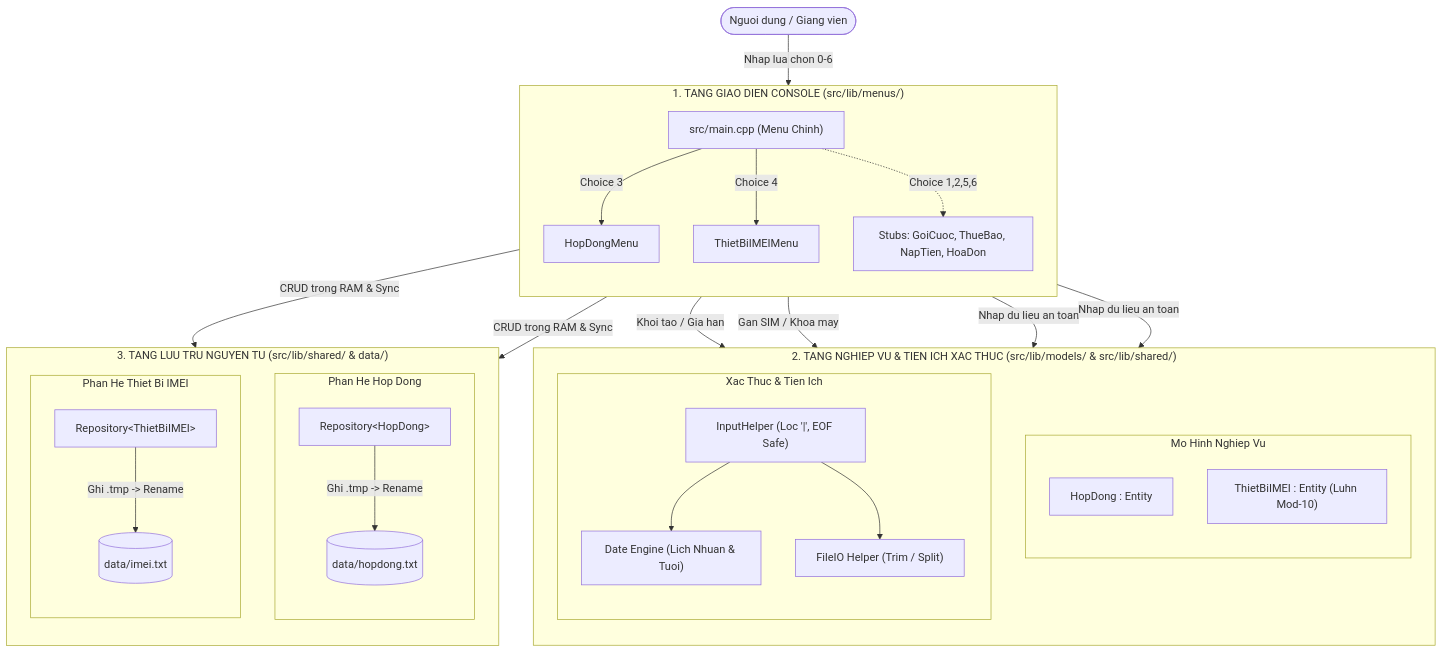
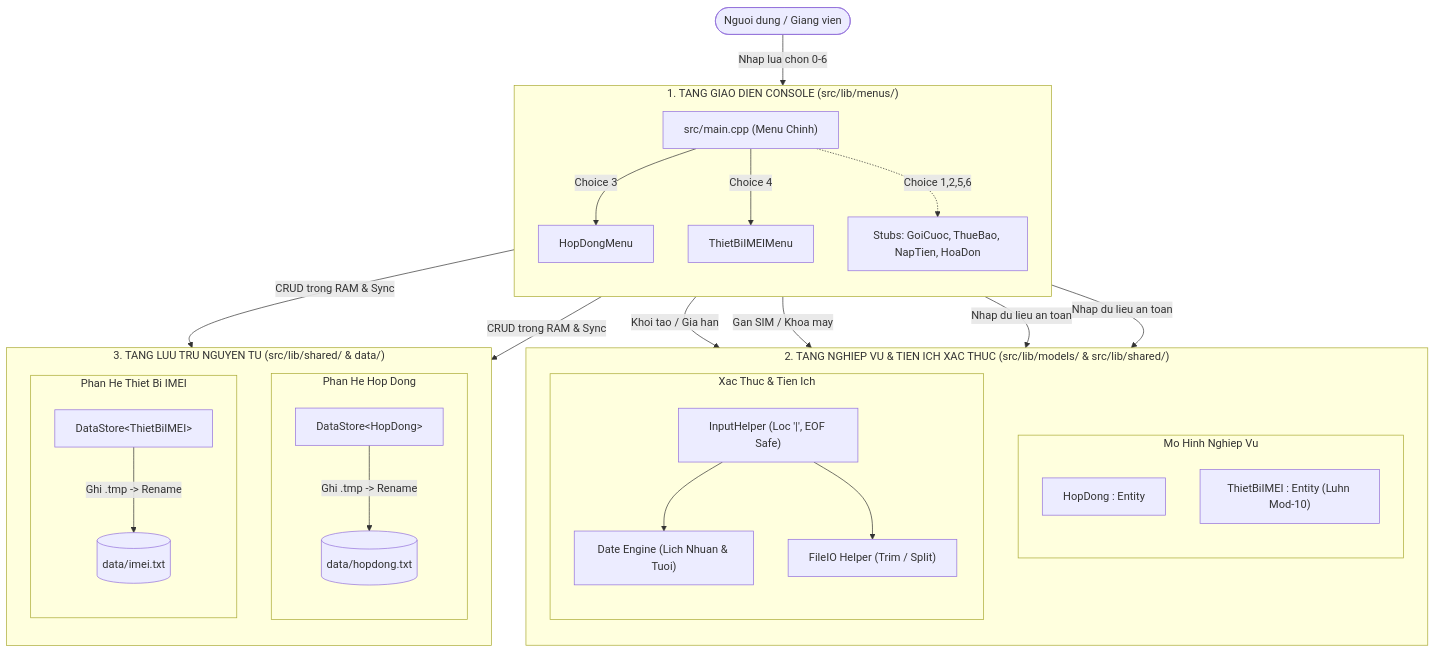
The first of 6 diagrams in docs/Operational/INTERACTION_DIAGRAM.md (vgbn2/BTL_KTLT), drawn with Mermaid before and after one commit. The commit also changed other lines of this file and 20 other files, not shown here.

````diff
--- a/docs/Operational/INTERACTION_DIAGRAM.md
+++ b/docs/Operational/INTERACTION_DIAGRAM.md
@@ -16,50 +16,50 @@
 ```mermaid
 flowchart TD
     User([Nguoi dung / Giang vien]) -->|Nhap lua chon 0-6| Main["src/main.cpp (Menu Chinh)"]
 
     subgraph UI ["1. TANG GIAO DIEN CONSOLE (src/lib/menus/)"]
         direction TB
         Main -->|Choice 3| HDMenu["HopDongMenu"]
         Main -->|Choice 4| IMEIMenu["ThietBiIMEIMenu"]
         Main -.->|Choice 1,2,5,6| Stubs["Stubs: GoiCuoc, ThueBao, NapTien, HoaDon"]
     end
 
     subgraph Core ["2. TANG NGHIEP VU & TIEN ICH XAC THUC (src/lib/models/ & src/lib/shared/)"]
         direction TB
         subgraph Models ["Mo Hinh Nghiep Vu"]
             direction TB
             HDModel["HopDong : Entity"]
             IMEIModel["ThietBiIMEI : Entity (Luhn Mod-10)"]
         end
         subgraph Helpers ["Xac Thuc & Tien Ich"]
             direction TB
             InputHelper["InputHelper (Loc '|', EOF Safe)"]
             DateEngine["Date Engine (Lich Nhuan & Tuoi)"]
             FileIO["FileIO Helper (Trim / Split)"]
             InputHelper --> DateEngine
             InputHelper --> FileIO
         end
         HDMenu -->|Khoi tao / Gia han| HDModel
         IMEIMenu -->|Gan SIM / Khoa may| IMEIModel
         HDMenu & IMEIMenu -->|Nhap du lieu an toan| InputHelper
     end
 
     subgraph Storage ["3. TANG LUU TRU NGUYEN TU (src/lib/shared/ & data/)"]
         direction TB
         subgraph StorageHD ["Phan He Hop Dong"]
             direction TB
-            RepoHD["Repository&lt;HopDong&gt;"]
+            RepoHD["DataStore&lt;HopDong&gt;"]
             DiskHD[("data/hopdong.txt")]
             RepoHD -->|Ghi .tmp -> Rename| DiskHD
         end
         subgraph StorageIMEI ["Phan He Thiet Bi IMEI"]
             direction TB
-            RepoIMEI["Repository&lt;ThietBiIMEI&gt;"]
+            RepoIMEI["DataStore&lt;ThietBiIMEI&gt;"]
             DiskIMEI[("data/imei.txt")]
             RepoIMEI -->|Ghi .tmp -> Rename| DiskIMEI
         end
     end
 
     HDMenu -->|CRUD trong RAM & Sync| RepoHD
     IMEIMenu -->|CRUD trong RAM & Sync| RepoIMEI
 ```
````
